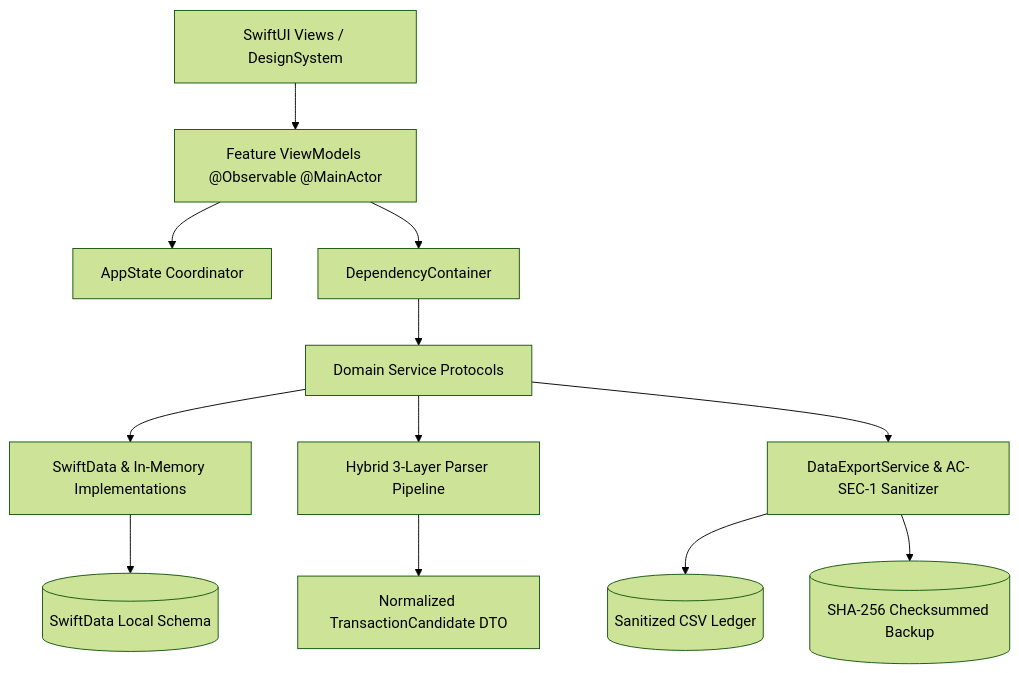
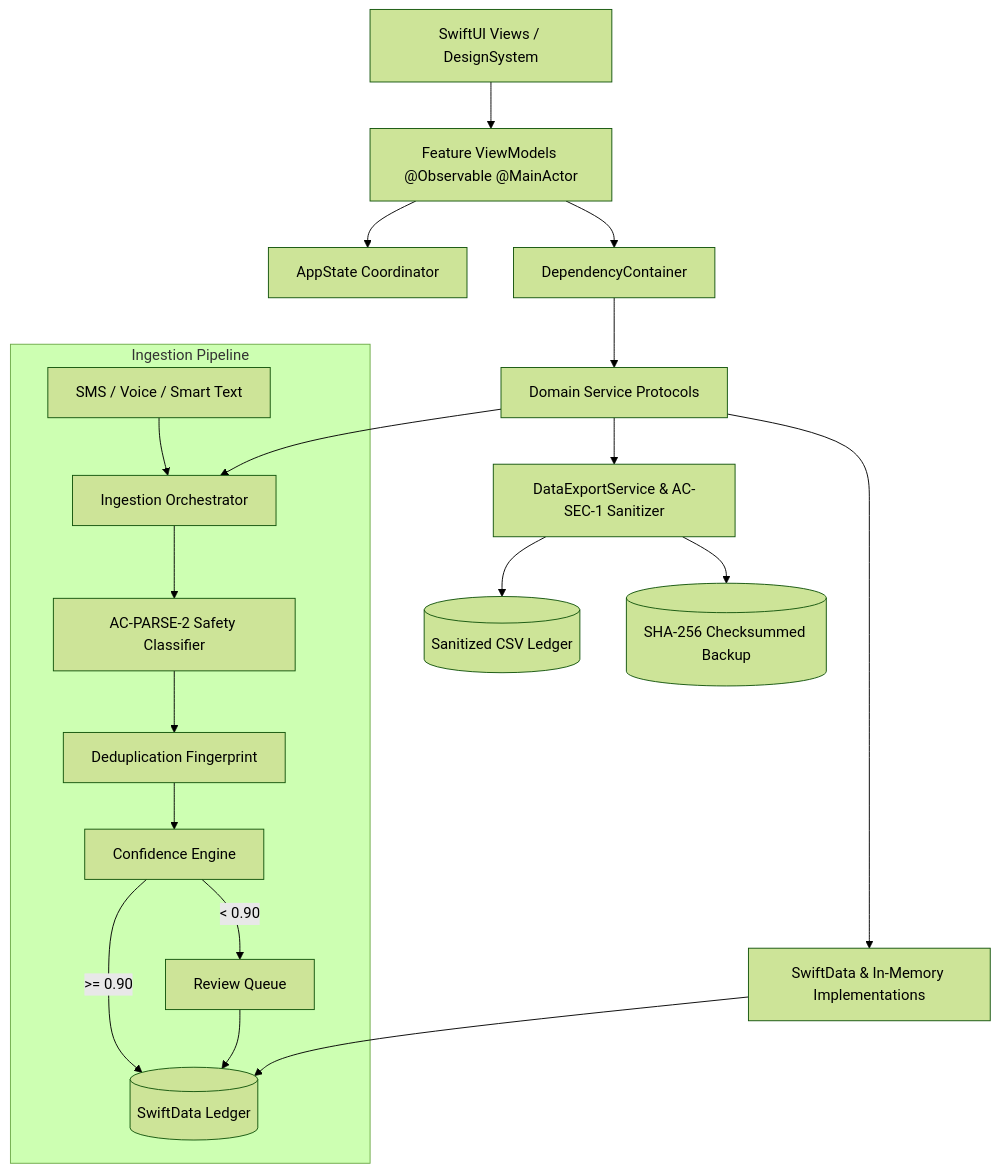
Before and after one commit to itznirmal/Expense_Manager: the diagram in ARCHITECTURE.md, drawn with Mermaid (forest theme). The commit also changed other lines of this file and 3 other files, not shown here.

Commit message:
feat(phase-8): finalize production documentation, architecture diagrams, Shortcuts automation guide, and TestFlight release packaging

````diff
--- a/ARCHITECTURE.md
+++ b/ARCHITECTURE.md
@@ -7,14 +7,25 @@
 ```mermaid
 graph TD
     UI[SwiftUI Views / DesignSystem] --> VM[Feature ViewModels @Observable @MainActor]
     VM --> AppState[AppState Coordinator]
     VM --> DI[DependencyContainer]
     DI --> Services[Domain Service Protocols]
+    
+    subgraph Ingestion Pipeline
+    Raw[SMS / Voice / Smart Text] --> Ingest[Ingestion Orchestrator]
+    Ingest --> Classifier[AC-PARSE-2 Safety Classifier]
+    Classifier --> Dedup[Deduplication Fingerprint]
+    Dedup --> Confidence[Confidence Engine]
+    Confidence -- ">= 0.90" --> Ledger[(SwiftData Ledger)]
+    Confidence -- "< 0.90" --> Queue[Review Queue]
+    Queue --> Ledger
+    end
+    
+    Services --> Ingest
     Services --> Impl[SwiftData & In-Memory Implementations]
-    Services --> Parser[Hybrid 3-Layer Parser Pipeline]
     Services --> Export[DataExportService & AC-SEC-1 Sanitizer]
-    Parser --> Models[Normalized TransactionCandidate DTO]
+    
     Export --> CSV[(Sanitized CSV Ledger)]
     Export --> JSON[(SHA-256 Checksummed Backup)]
-    Impl --> Storage[(SwiftData Local Schema)]
+    Impl --> Ledger
 ```
````
